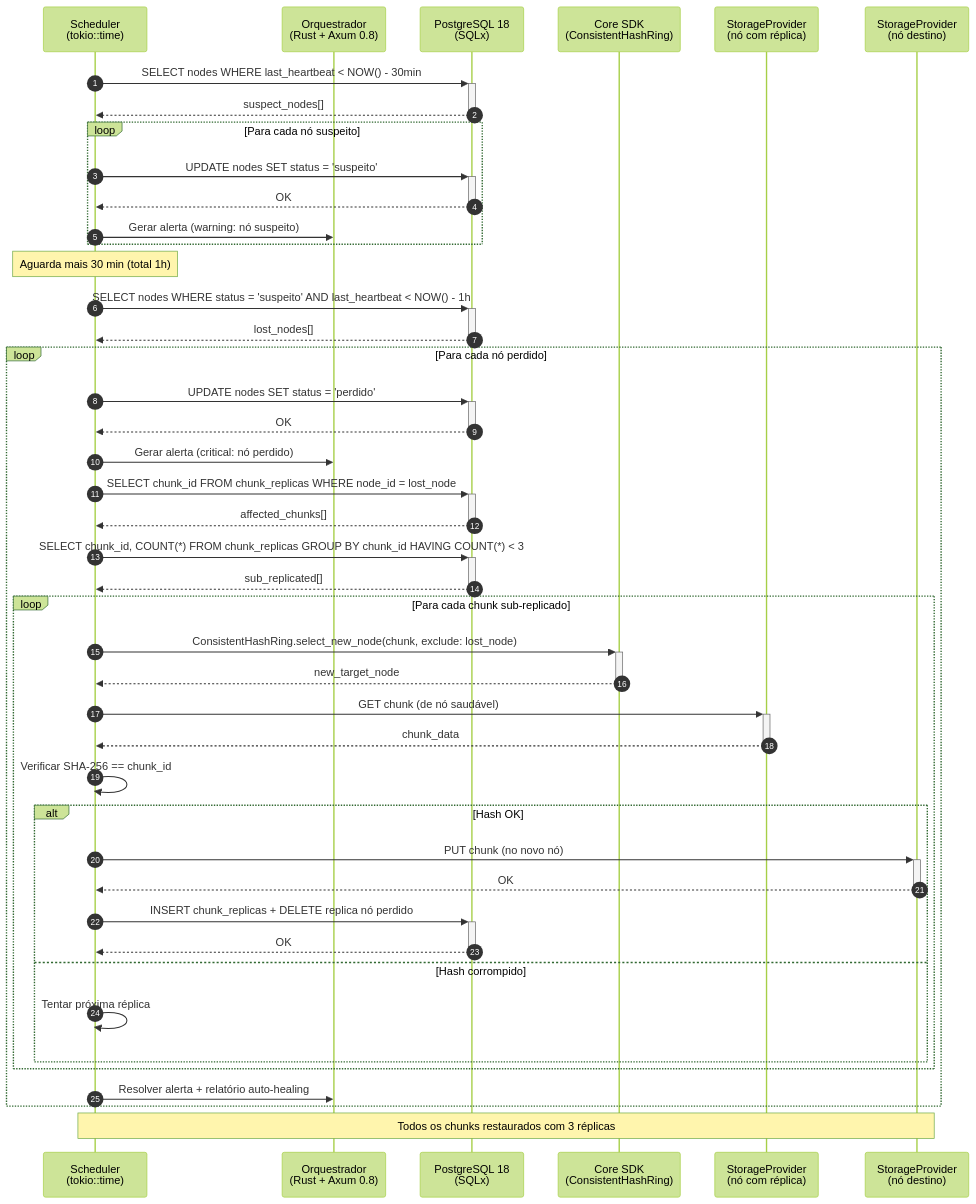
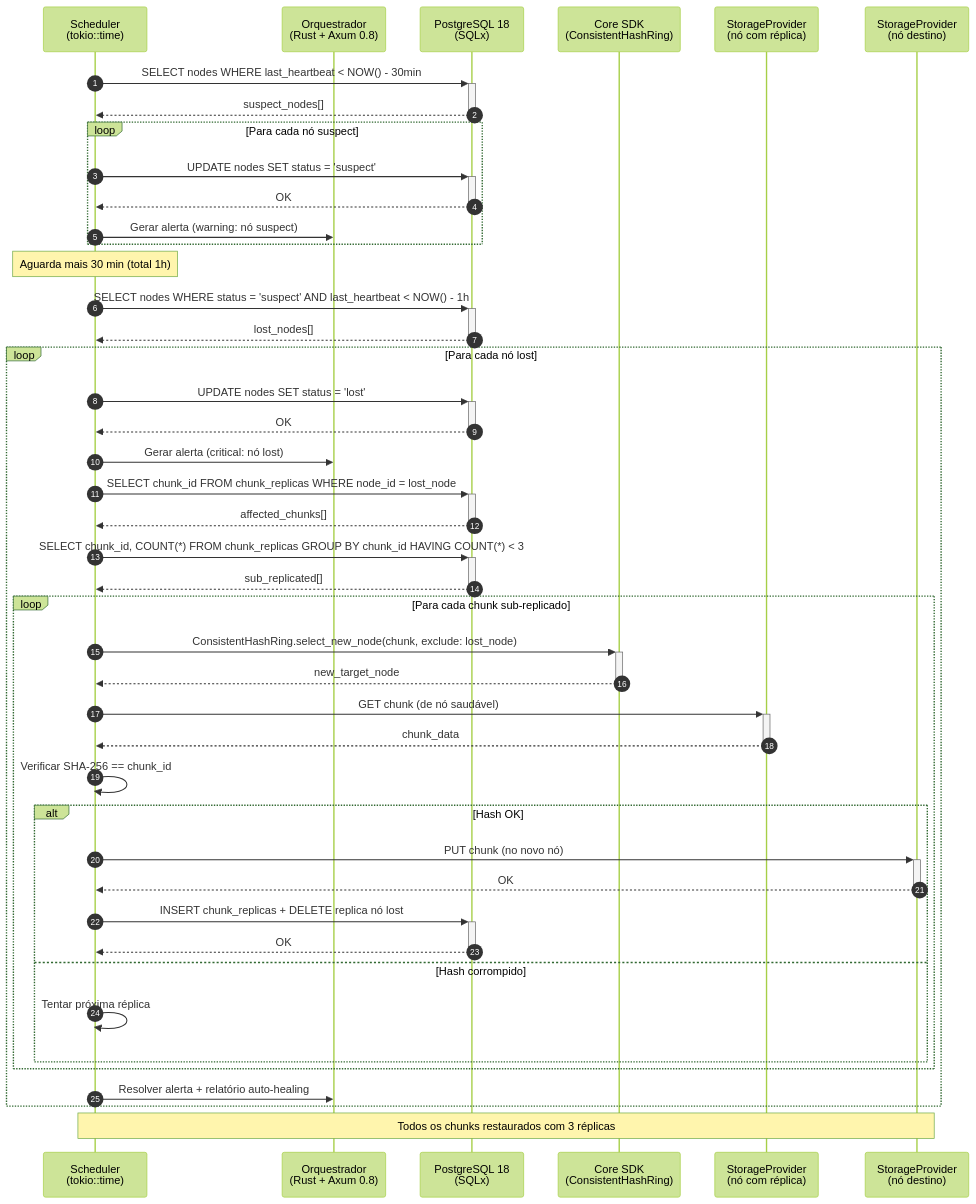
The diagram in docs/diagrams/sequences/auto-healing.mmd (DouglasPrado/alexandria), drawn with Mermaid (forest theme) before and after one commit. The commit also changed 14 other files, not shown here.

```diff
--- a/docs/diagrams/sequences/auto-healing.mmd
+++ b/docs/diagrams/sequences/auto-healing.mmd
@@ -1,65 +1,65 @@
 %% Fluxo: Auto-Healing (Nó Perdido)
 %% Referência: docs/blueprint/07-critical_flows.md
 
 sequenceDiagram
     autonumber
 
     participant Sched as Scheduler<br/>(tokio::time)
     participant API as Orquestrador<br/>(Rust + Axum 0.8)
     participant DB as PostgreSQL 18<br/>(SQLx)
     participant SDK as Core SDK<br/>(ConsistentHashRing)
     participant S3src as StorageProvider<br/>(nó com réplica)
     participant S3dst as StorageProvider<br/>(nó destino)
 
     %% Detecção
     Sched ->>+ DB: SELECT nodes WHERE last_heartbeat < NOW() - 30min
     DB -->>- Sched: suspect_nodes[]
 
-    loop Para cada nó suspeito
-        Sched ->>+ DB: UPDATE nodes SET status = 'suspeito'
+    loop Para cada nó suspect
+        Sched ->>+ DB: UPDATE nodes SET status = 'suspect'
         DB -->>- Sched: OK
-        Sched ->> API: Gerar alerta (warning: nó suspeito)
+        Sched ->> API: Gerar alerta (warning: nó suspect)
     end
 
     Note over Sched: Aguarda mais 30 min (total 1h)
 
-    Sched ->>+ DB: SELECT nodes WHERE status = 'suspeito' AND last_heartbeat < NOW() - 1h
+    Sched ->>+ DB: SELECT nodes WHERE status = 'suspect' AND last_heartbeat < NOW() - 1h
     DB -->>- Sched: lost_nodes[]
 
-    loop Para cada nó perdido
-        Sched ->>+ DB: UPDATE nodes SET status = 'perdido'
+    loop Para cada nó lost
+        Sched ->>+ DB: UPDATE nodes SET status = 'lost'
         DB -->>- Sched: OK
-        Sched ->> API: Gerar alerta (critical: nó perdido)
+        Sched ->> API: Gerar alerta (critical: nó lost)
 
         %% Identificar chunks afetados
         Sched ->>+ DB: SELECT chunk_id FROM chunk_replicas WHERE node_id = lost_node
         DB -->>- Sched: affected_chunks[]
 
         Sched ->>+ DB: SELECT chunk_id, COUNT(*) FROM chunk_replicas GROUP BY chunk_id HAVING COUNT(*) < 3
         DB -->>- Sched: sub_replicated[]
 
         loop Para cada chunk sub-replicado
             Sched ->>+ SDK: ConsistentHashRing.select_new_node(chunk, exclude: lost_node)
             SDK -->>- Sched: new_target_node
 
             %% Copiar de réplica existente
             Sched ->>+ S3src: GET chunk (de nó saudável)
             S3src -->>- Sched: chunk_data
 
             Sched ->> Sched: Verificar SHA-256 == chunk_id
 
             alt Hash OK
                 Sched ->>+ S3dst: PUT chunk (no novo nó)
                 S3dst -->>- Sched: OK
 
-                Sched ->>+ DB: INSERT chunk_replicas + DELETE replica nó perdido
+                Sched ->>+ DB: INSERT chunk_replicas + DELETE replica nó lost
                 DB -->>- Sched: OK
             else Hash corrompido
                 Sched ->> Sched: Tentar próxima réplica
             end
         end
 
         Sched ->> API: Resolver alerta + relatório auto-healing
     end
 
     Note over Sched, S3dst: Todos os chunks restaurados com 3 réplicas
```
